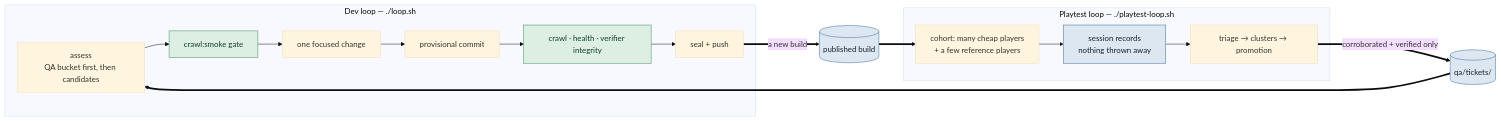
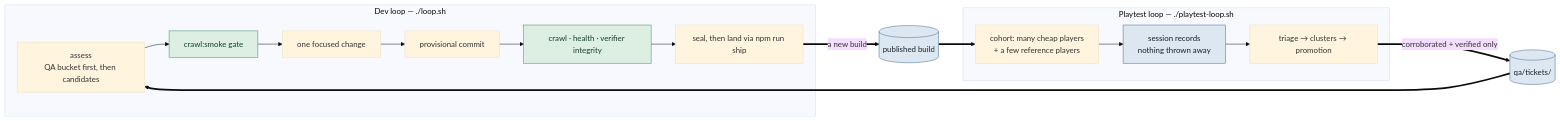
The first of 2 diagrams in docs/two_loop_workflow.md (michaelcrosato/adventureforge), drawn with Mermaid (base theme) before and after one commit. The commit also changed other lines of this file and 14 other files, not shown here.

````diff
--- a/docs/two_loop_workflow.md
+++ b/docs/two_loop_workflow.md
@@ -6,27 +6,27 @@
 ```mermaid
 flowchart LR
     subgraph DEV["Dev loop — ./loop.sh"]
         A["assess<br/>QA bucket first, then candidates"] --> B["crawl:smoke gate"]
         B --> C["one focused change"]
         C --> D["provisional commit"]
         D --> E["crawl · health · verifier integrity"]
-        E --> F["seal + push"]
+        E --> F["seal, then land via npm run ship"]
     end
 
     F ==>|"a new build"| BUILD[("published build")]
 
     subgraph QA["Playtest loop — ./playtest-loop.sh"]
         G["cohort: many cheap players<br/>+ a few reference players"]
         G --> H["session records<br/>nothing thrown away"]
         H --> I["triage → clusters → promotion"]
     end
 
     BUILD ==> G
     I ==>|"corroborated + verified only"| BUCKET[("qa/tickets/")]
     BUCKET ==> A
 
     classDef gate fill:#dcefe2,stroke:#3f8a5c,color:#14402a
     classDef pool fill:#dde7f2,stroke:#3d6b96,color:#16212b
     class B,E gate
     class BUILD,BUCKET,H pool
 ```
````
